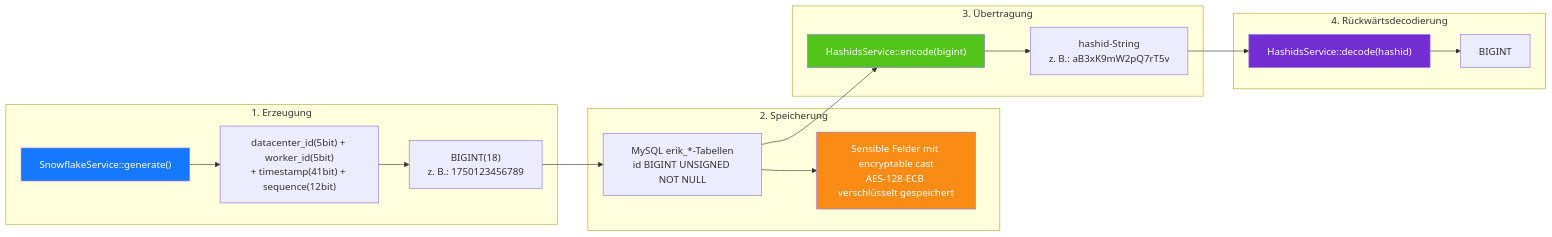
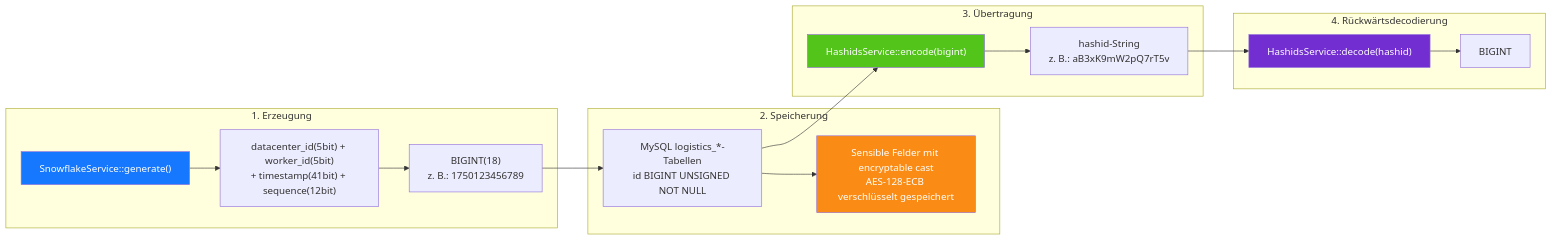
The diagram in admin/docs/diagrams/06-id-lifecycle.de.md (erikwang2013/integrated-global-logistics), drawn with Mermaid before and after one commit. The commit also changed 211 other files, not shown here.

````diff
--- a/admin/docs/diagrams/06-id-lifecycle.de.md
+++ b/admin/docs/diagrams/06-id-lifecycle.de.md
@@ -7,32 +7,32 @@
 ```mermaid
 flowchart LR
     subgraph gen["1. Erzeugung"]
         g1["SnowflakeService::generate()"]
         g2["datacenter_id(5bit) + worker_id(5bit)<br/>+ timestamp(41bit) + sequence(12bit)"]
         g3["BIGINT(18)<br/>z. B.: 1750123456789"]
         g1 --> g2 --> g3
     end
 
     subgraph store["2. Speicherung"]
-        s1["MySQL erik_*-Tabellen<br/>id BIGINT UNSIGNED NOT NULL"]
+        s1["MySQL logistics_*-Tabellen<br/>id BIGINT UNSIGNED NOT NULL"]
         s2["Sensible Felder mit encryptable cast<br/>AES-128-ECB verschlüsselt gespeichert"]
         g3 --> s1 --> s2
     end
 
     subgraph transfer["3. Übertragung"]
         t1["HashidsService::encode(bigint)"]
         t2["hashid-String<br/>z. B.: aB3xK9mW2pQ7rT5v"]
         s1 --> t1 --> t2
     end
 
     subgraph reverse["4. Rückwärtsdecodierung"]
         r1["HashidsService::decode(hashid)"]
         r2["BIGINT"]
         t2 --> r1 --> r2
     end
 
     style g1 fill:#1677FF,color:#fff
     style s2 fill:#FA8C16,color:#fff
     style t1 fill:#52C41A,color:#fff
     style r1 fill:#722ED1,color:#fff
 ```
````
